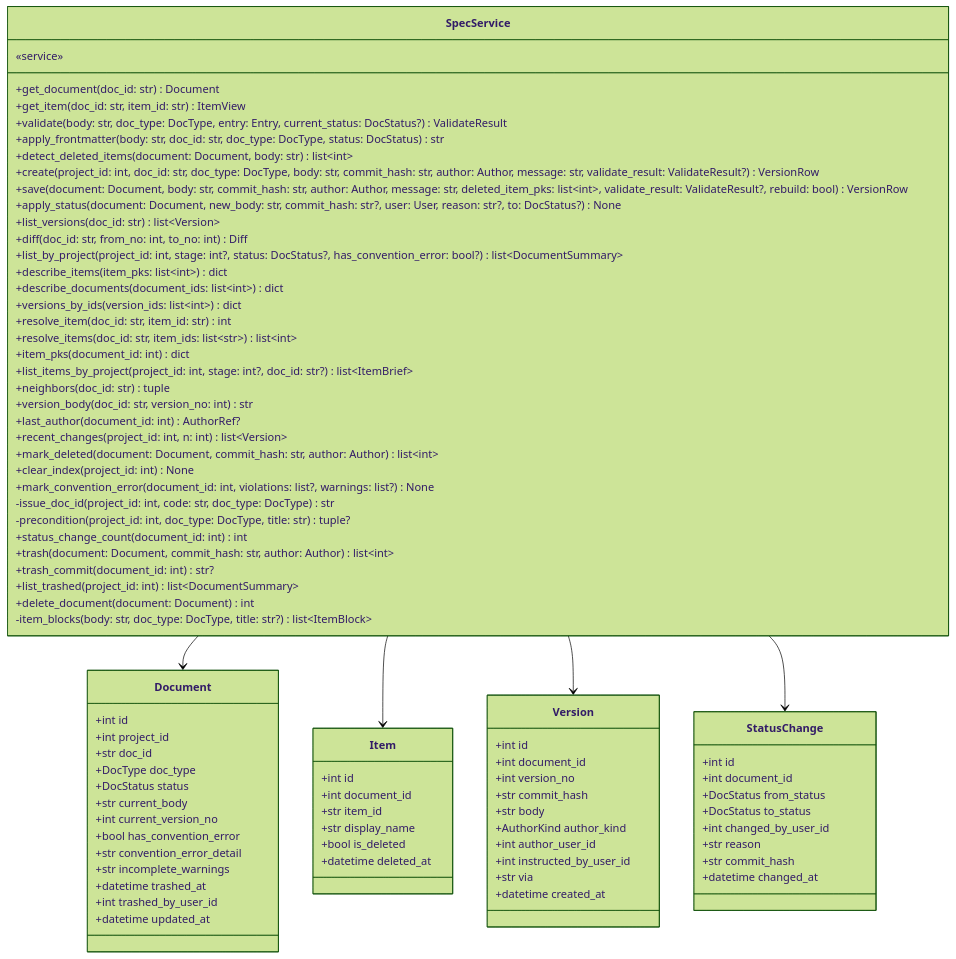
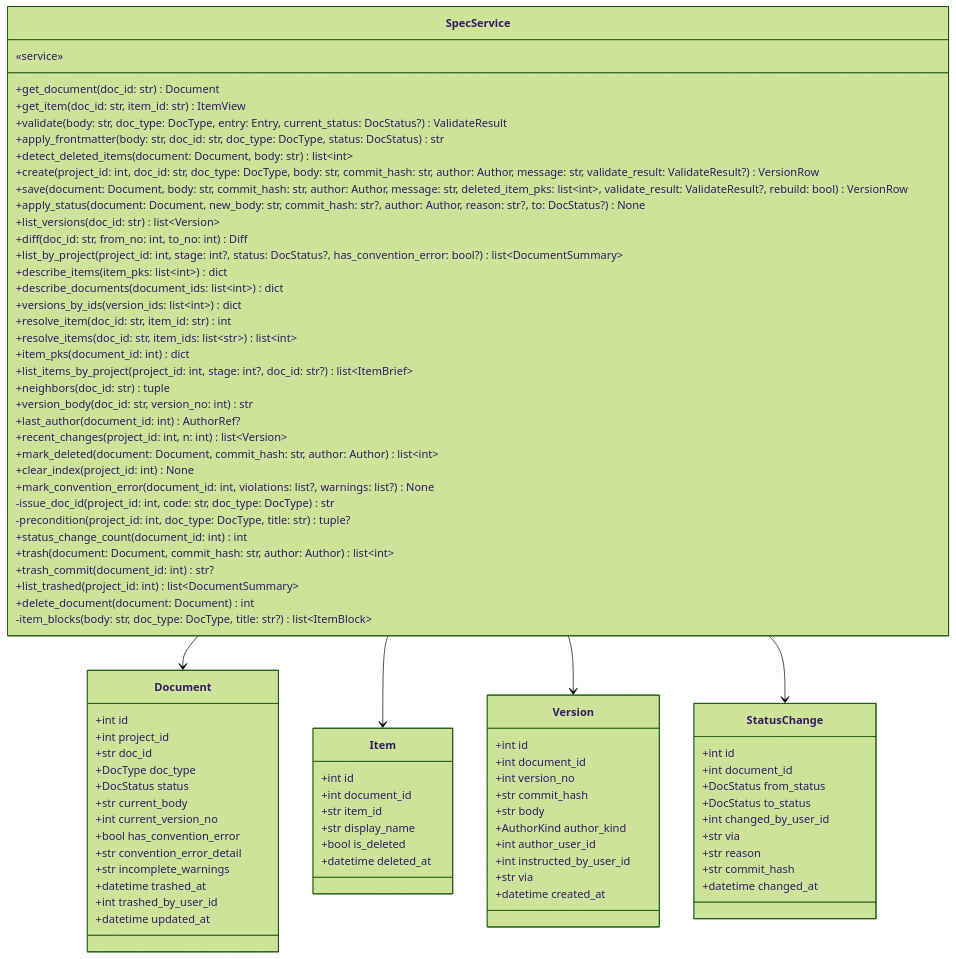
Diagram 18 of 22 in docs/specs/06-DOM/SYNC-DOM-002.md (HoyoungParkme/syncdoc), drawn with Mermaid (forest theme) before and after one commit. The commit also changed other lines of this file, not shown here.

First line of the commit message:
spec(SYNC-DOM-002): StatusChange.via · change_status·apply_status는 Author를 받는다 (카드 BE)

```diff
--- a/docs/specs/06-DOM/SYNC-DOM-002.md
+++ b/docs/specs/06-DOM/SYNC-DOM-002.md
@@ -763,7 +766,7 @@
         +detect_deleted_items(document: Document, body: str) list~int~
         +create(project_id: int, doc_id: str, doc_type: DocType, body: str, commit_hash: str, author: Author, message: str, validate_result: ValidateResult?) VersionRow
         +save(document: Document, body: str, commit_hash: str, author: Author, message: str, deleted_item_pks: list~int~, validate_result: ValidateResult?, rebuild: bool) VersionRow
-        +apply_status(document: Document, new_body: str, commit_hash: str?, user: User, reason: str?, to: DocStatus?) None
+        +apply_status(document: Document, new_body: str, commit_hash: str?, author: Author, reason: str?, to: DocStatus?) None
         +list_versions(doc_id: str) list~Version~
         +diff(doc_id: str, from_no: int, to_no: int) Diff
         +list_by_project(project_id: int, stage: int?, status: DocStatus?, has_convention_error: bool?) list~DocumentSummary~
@@ -831,6 +834,7 @@
         +DocStatus from_status
         +DocStatus to_status
         +int changed_by_user_id
+        +str via
         +str reason
         +str commit_hash
         +datetime changed_at
```
